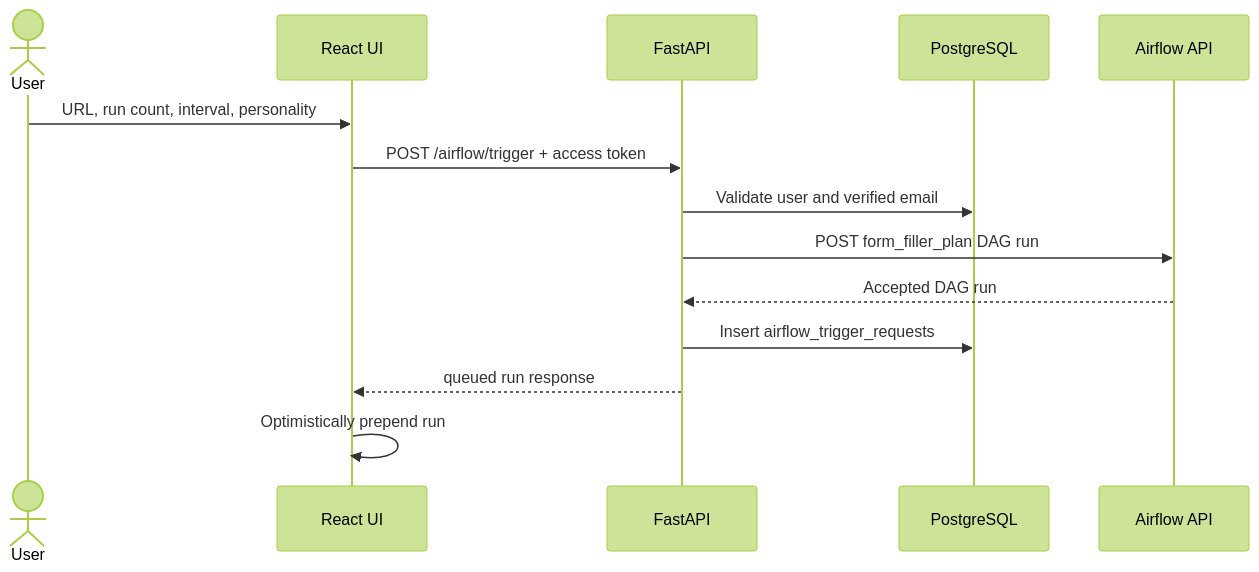
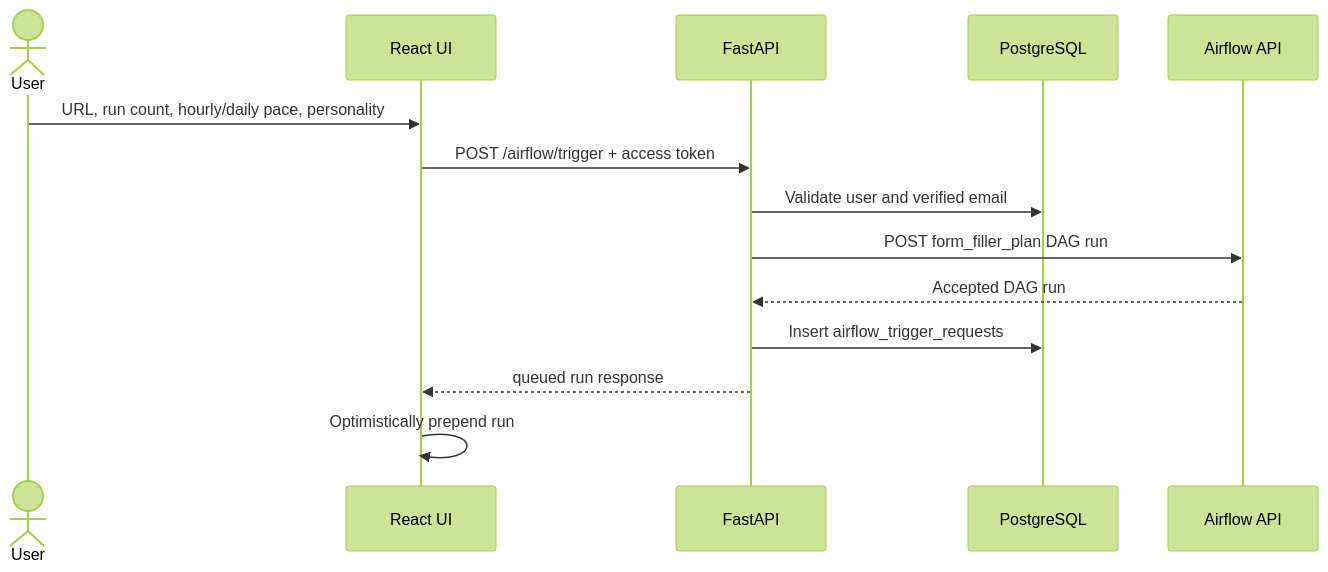
One commit to prosowiec/Former changed the first of 2 diagrams in docs/wiki/runtime-flows.md. Above: the diagram before and after it, drawn with Mermaid (forest theme). The commit also changed other lines of this file and 17 other files, not shown here.

````diff
--- a/docs/wiki/runtime-flows.md
+++ b/docs/wiki/runtime-flows.md
@@ -27,17 +27,17 @@
 ```mermaid
 sequenceDiagram
     actor User
     participant UI as React UI
     participant API as FastAPI
     participant DB as PostgreSQL
     participant AF as Airflow API
 
-    User->>UI: URL, run count, interval, personality
+    User->>UI: URL, run count, hourly/daily pace, personality
     UI->>API: POST /airflow/trigger + access token
     API->>DB: Validate user and verified email
     API->>AF: POST form_filler_plan DAG run
     AF-->>API: Accepted DAG run
     API->>DB: Insert airflow_trigger_requests
     API-->>UI: queued run response
     UI->>UI: Optimistically prepend run
 ```
````
